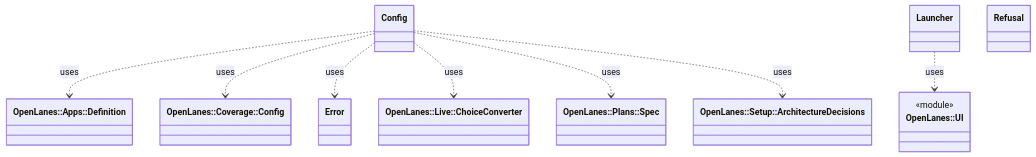
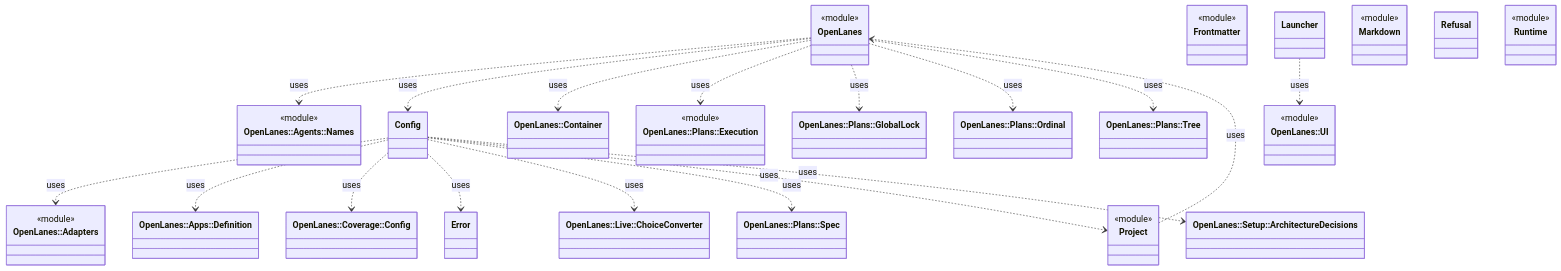
Before and after one commit to kigster/openlanes: the diagram in docs/architecture/openlanes.md, drawn with Mermaid. The commit also changed 33 other files, not shown here.

````diff
--- a/docs/architecture/openlanes.md
+++ b/docs/architecture/openlanes.md
@@ -5,21 +5,51 @@
 ```mermaid
 classDiagram
+  class OpenLanes["OpenLanes"]
+  <<module>> OpenLanes
+  class OpenLanes__Adapters["OpenLanes::Adapters"]
+  <<module>> OpenLanes__Adapters
+  class OpenLanes__Agents__Names["OpenLanes::Agents::Names"]
+  <<module>> OpenLanes__Agents__Names
   class OpenLanes__Apps__Definition["OpenLanes::Apps::Definition"]
   class OpenLanes__Config["Config"]
+  class OpenLanes__Container["OpenLanes::Container"]
   class OpenLanes__Coverage__Config["OpenLanes::Coverage::Config"]
   class OpenLanes__Error["Error"]
+  class OpenLanes__Frontmatter["Frontmatter"]
+  <<module>> OpenLanes__Frontmatter
   class OpenLanes__Launcher["Launcher"]
   class OpenLanes__Live__ChoiceConverter["OpenLanes::Live::ChoiceConverter"]
+  class OpenLanes__Markdown["Markdown"]
+  <<module>> OpenLanes__Markdown
+  class OpenLanes__Plans__Execution["OpenLanes::Plans::Execution"]
+  <<module>> OpenLanes__Plans__Execution
+  class OpenLanes__Plans__GlobalLock["OpenLanes::Plans::GlobalLock"]
+  class OpenLanes__Plans__Ordinal["OpenLanes::Plans::Ordinal"]
   class OpenLanes__Plans__Spec["OpenLanes::Plans::Spec"]
+  class OpenLanes__Plans__Tree["OpenLanes::Plans::Tree"]
+  class OpenLanes__Project["Project"]
+  <<module>> OpenLanes__Project
   class OpenLanes__Refusal["Refusal"]
+  class OpenLanes__Runtime["Runtime"]
+  <<module>> OpenLanes__Runtime
   class OpenLanes__Setup__ArchitectureDecisions["OpenLanes::Setup::ArchitectureDecisions"]
   class OpenLanes__UI["OpenLanes::UI"]
   <<module>> OpenLanes__UI
+  OpenLanes ..> OpenLanes__Agents__Names : uses
+  OpenLanes ..> OpenLanes__Config : uses
+  OpenLanes ..> OpenLanes__Container : uses
+  OpenLanes ..> OpenLanes__Plans__Execution : uses
+  OpenLanes ..> OpenLanes__Plans__GlobalLock : uses
+  OpenLanes ..> OpenLanes__Plans__Ordinal : uses
+  OpenLanes ..> OpenLanes__Plans__Tree : uses
+  OpenLanes__Config ..> OpenLanes__Adapters : uses
   OpenLanes__Config ..> OpenLanes__Apps__Definition : uses
   OpenLanes__Config ..> OpenLanes__Coverage__Config : uses
   OpenLanes__Config ..> OpenLanes__Error : uses
   OpenLanes__Config ..> OpenLanes__Live__ChoiceConverter : uses
   OpenLanes__Config ..> OpenLanes__Plans__Spec : uses
+  OpenLanes__Config ..> OpenLanes__Project : uses
   OpenLanes__Config ..> OpenLanes__Setup__ArchitectureDecisions : uses
   OpenLanes__Launcher ..> OpenLanes__UI : uses
+  OpenLanes__Project ..> OpenLanes : uses
 ```
````
